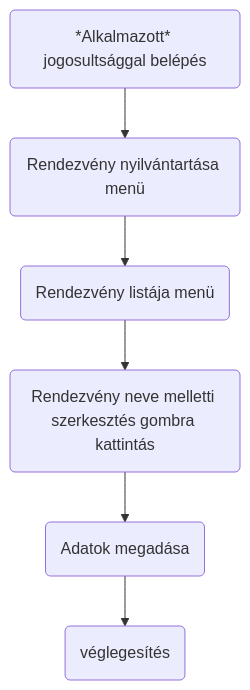
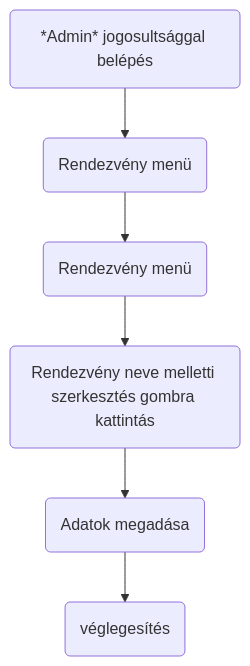
Before and after one commit to AfpCsoportFives/Afp2Projekt: the second of 4 diagrams in docs/KövSpec.md, drawn with Mermaid. The commit also changed other lines of this file, not shown here.

````diff
--- a/docs/KövSpec.md
+++ b/docs/KövSpec.md
@@ -92,14 +114,14 @@
 ```mermaid
 flowchart TD;
-A("*Alkalmazott* jogosultsággal belépés");
-B("Rendezvény nyilvántartása menü");
-C("Rendezvény listája menü");
+A("*Admin* jogosultsággal belépés");
+B("Rendezvény menü");
+C("Rendezvény  menü");
 D("Rendezvény neve melletti szerkesztés gombra kattintás");
 E("Adatok megadása");
 F("véglegesítés");
 A-->B;
 B-->C;
 C-->D;
 D-->E;
 E-->F;
 ```
````
